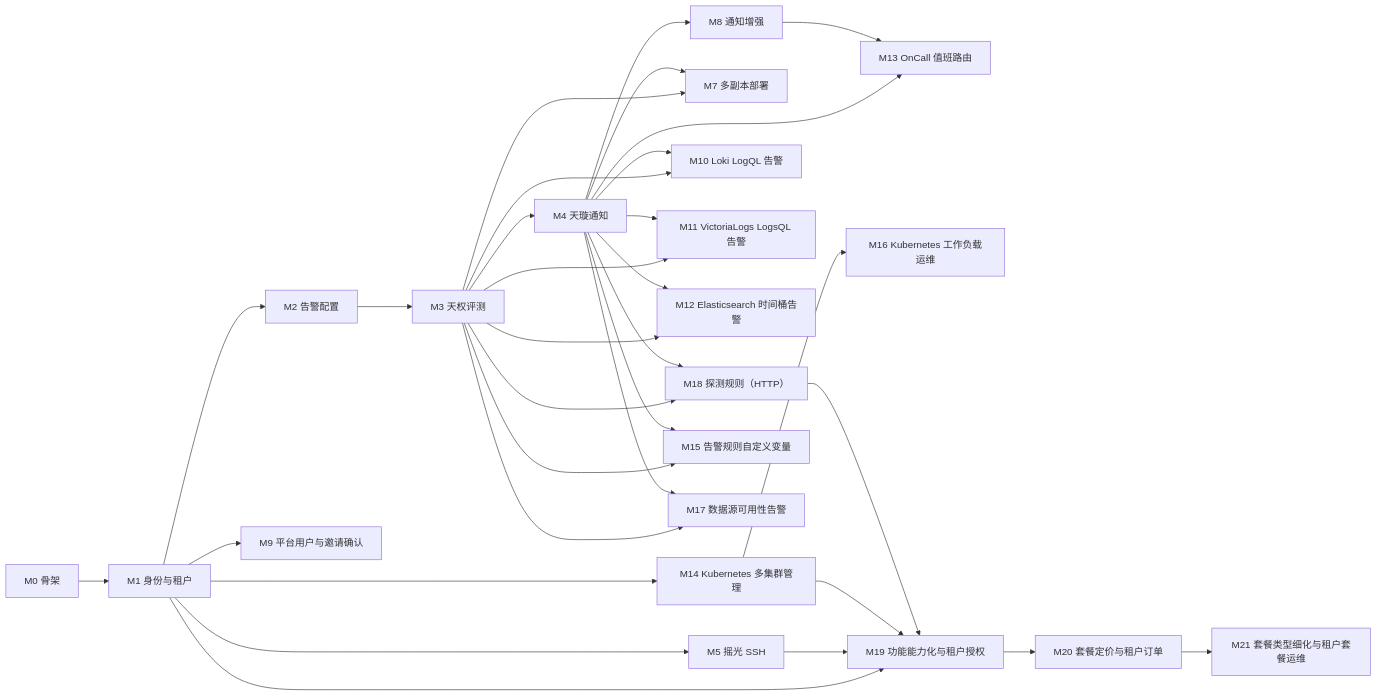
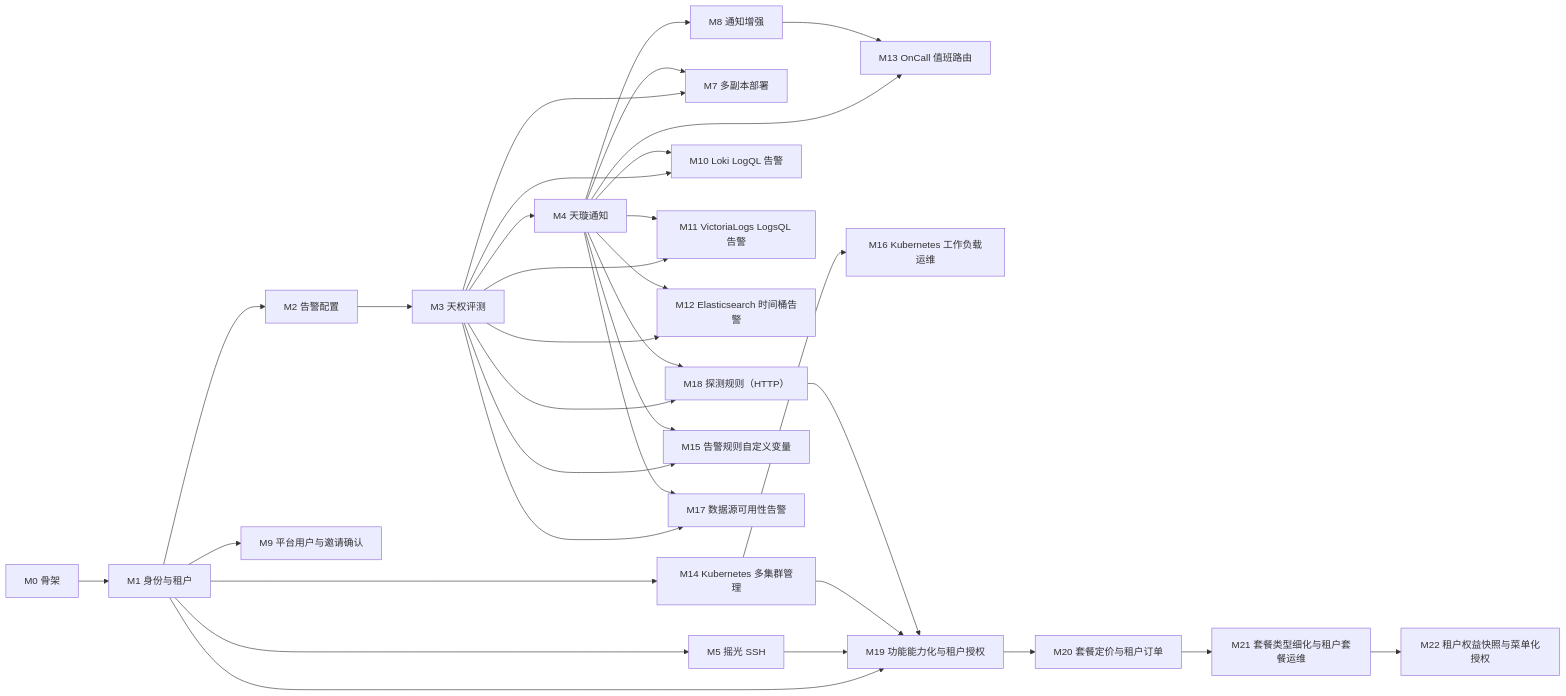
Before and after one commit to aide-family/moon: the diagram in docs/roadmap.md, drawn with Mermaid. The commit also changed other lines of this file and 54 other files, not shown here.

````diff
--- a/docs/roadmap.md
+++ b/docs/roadmap.md
@@ -47,52 +48,54 @@
 ```mermaid
 flowchart LR
   m0[M0 骨架]
   m1[M1 身份与租户]
   m2[M2 告警配置]
   m3[M3 天权评测]
   m4[M4 天璇通知]
   m5[M5 摇光 SSH]
   m7[M7 多副本部署]
   m8[M8 通知增强]
   m9[M9 平台用户与邀请确认]
   m10[M10 Loki LogQL 告警]
   m11[M11 VictoriaLogs LogsQL 告警]
   m12[M12 Elasticsearch 时间桶告警]
   m13[M13 OnCall 值班路由]
   m14[M14 Kubernetes 多集群管理]
   m15[M15 告警规则自定义变量]
   m16[M16 Kubernetes 工作负载运维]
   m17[M17 数据源可用性告警]
   m18[M18 探测规则（HTTP）]
   m19[M19 功能能力化与租户授权]
   m20[M20 套餐定价与租户订单]
   m21[M21 套餐类型细化与租户套餐运维]
+  m22[M22 租户权益快照与菜单化授权]
   m0 --> m1 --> m2 --> m3 --> m4
   m1 --> m5
   m1 --> m9
   m1 --> m14
   m14 --> m16
   m3 --> m7
   m4 --> m7
   m4 --> m8
   m3 --> m10
   m4 --> m10
   m3 --> m11
   m4 --> m11
   m3 --> m12
   m4 --> m12
   m4 --> m13
   m8 --> m13
   m3 --> m15
   m4 --> m15
   m3 --> m17
   m4 --> m17
   m3 --> m18
   m4 --> m18
   m1 --> m19
   m5 --> m19
   m14 --> m19
   m18 --> m19
   m19 --> m20
   m20 --> m21
+  m21 --> m22
 ```
````
